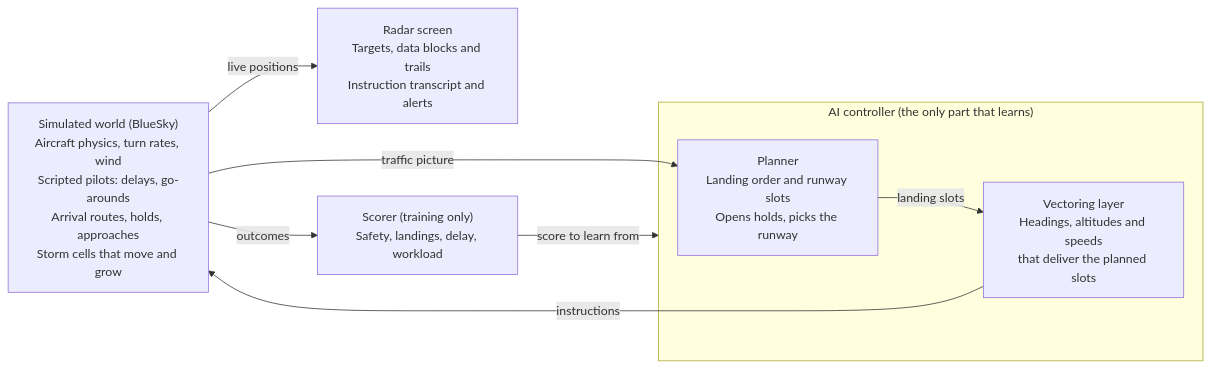
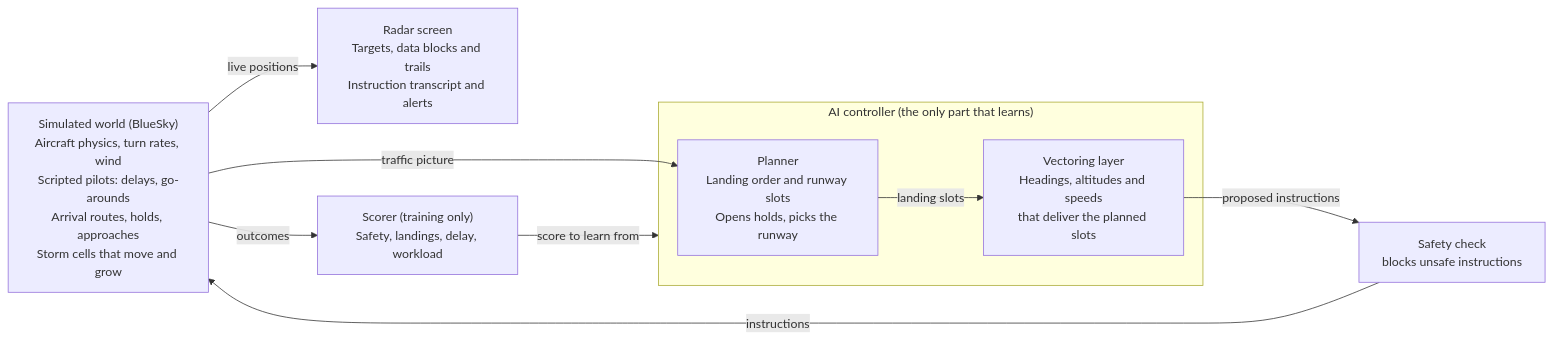
Before and after one commit to JamesLeCuirot/ai-approach-controller: the diagram in docs/project-plan.md, drawn with Mermaid. The commit also changed other lines of this file and 1 other file, not shown here.

````diff
--- a/docs/project-plan.md
+++ b/docs/project-plan.md
@@ -80,16 +80,18 @@
 ```mermaid
 flowchart LR
     W["Simulated world (BlueSky)<br/>Aircraft physics, turn rates, wind<br/>Scripted pilots: delays, go-arounds<br/>Arrival routes, holds, approaches<br/>Storm cells that move and grow"]
     subgraph AI["AI controller (the only part that learns)"]
         P["Planner<br/>Landing order and runway slots<br/>Opens holds, picks the runway"]
         V["Vectoring layer<br/>Headings, altitudes and speeds<br/>that deliver the planned slots"]
         P -- landing slots --> V
     end
     R["Radar screen<br/>Targets, data blocks and trails<br/>Instruction transcript and alerts"]
     S["Scorer (training only)<br/>Safety, landings, delay, workload"]
     W -- traffic picture --> P
-    V -- instructions --> W
+    SC["Safety check<br/>blocks unsafe instructions"]
+    V -- proposed instructions --> SC
+    SC -- instructions --> W
     W -- live positions --> R
     W -- outcomes --> S
     S -- score to learn from --> AI
 ```
````
